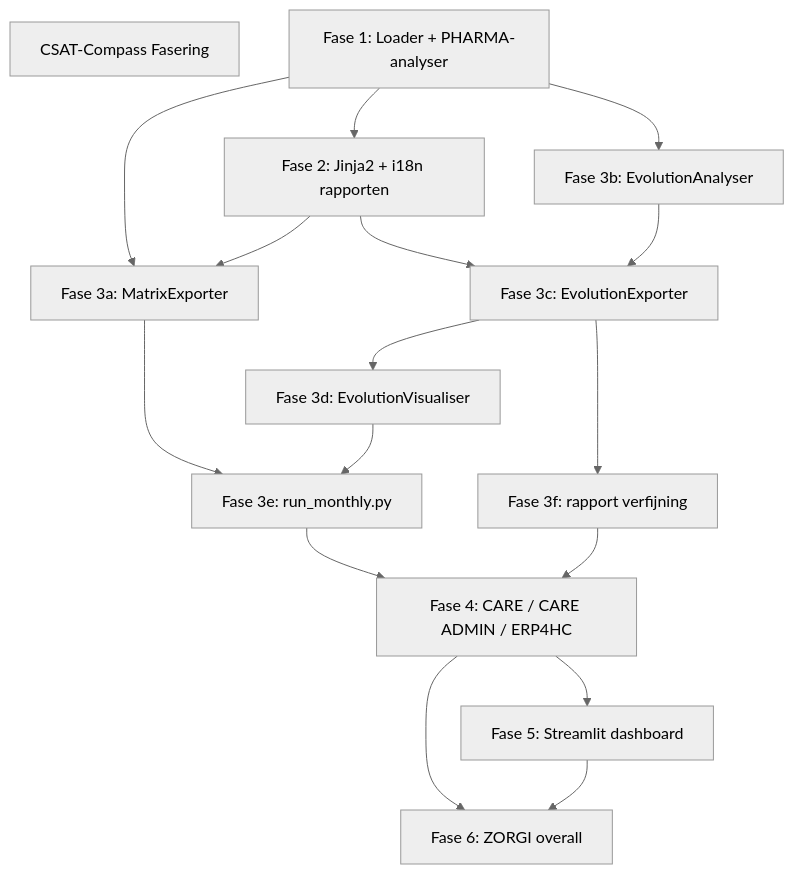
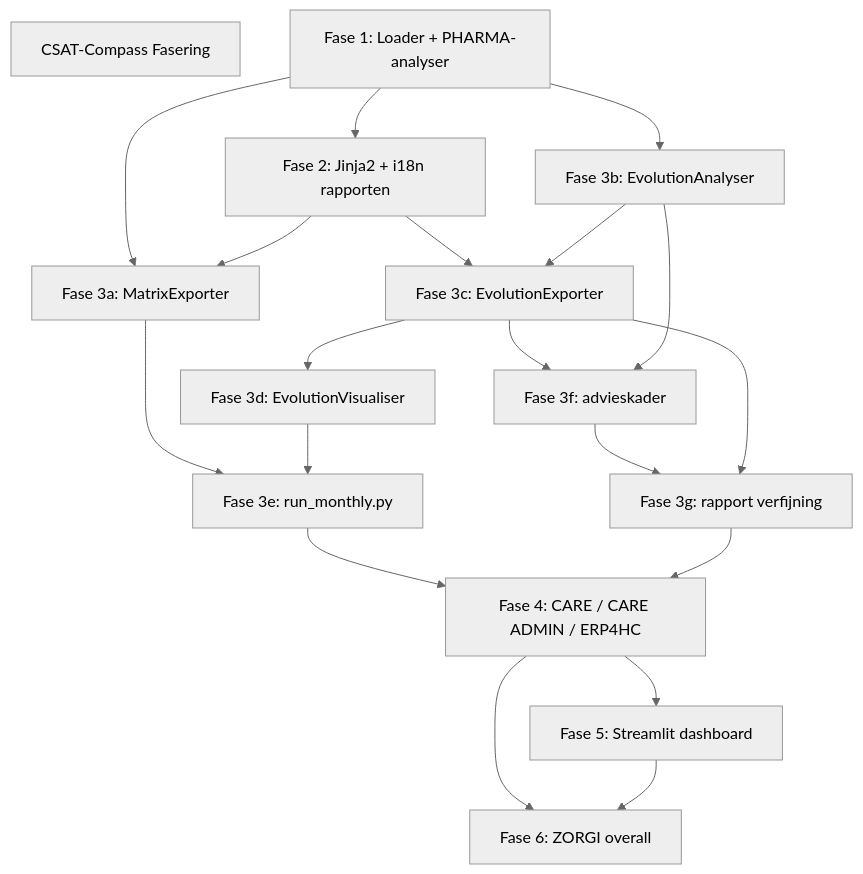
The diagram in docs/02-tactisch/implementatie-gids.md (ZorgiDannyDepecker/CSAT-Compass), drawn with Mermaid (neutral theme) before and after one commit. The commit also changed other lines of this file and 9 other files, not shown here.

````diff
--- a/docs/02-tactisch/implementatie-gids.md
+++ b/docs/02-tactisch/implementatie-gids.md
@@ -75,31 +77,35 @@
 ```mermaid
 graph TD
     title[CSAT-Compass Fasering]
     F1[Fase 1: Loader + PHARMA-analyser]
     F2[Fase 2: Jinja2 + i18n rapporten]
     F3a[Fase 3a: MatrixExporter]
     F3b[Fase 3b: EvolutionAnalyser]
     F3c[Fase 3c: EvolutionExporter]
     F3d[Fase 3d: EvolutionVisualiser]
     F3e[Fase 3e: run_monthly.py]
-    F3f[Fase 3f: rapport verfijning]
+    F3f[Fase 3f: advieskader]
+    F3g[Fase 3g: rapport verfijning]
     F4[Fase 4: CARE / CARE ADMIN / ERP4HC]
     F5[Fase 5: Streamlit dashboard]
     F6[Fase 6: ZORGI overall]
 
     F1 --> F2
     F1 --> F3a
     F2 --> F3a
     F1 --> F3b
     F2 --> F3c
     F3b --> F3c
     F3c --> F3d
     F3a --> F3e
     F3d --> F3e
     F3c --> F3f
+    F3b --> F3f
+    F3f --> F3g
+    F3c --> F3g
     F3e --> F4
-    F3f --> F4
+    F3g --> F4
     F4 --> F5
     F4 --> F6
     F5 --> F6
 ```
````
